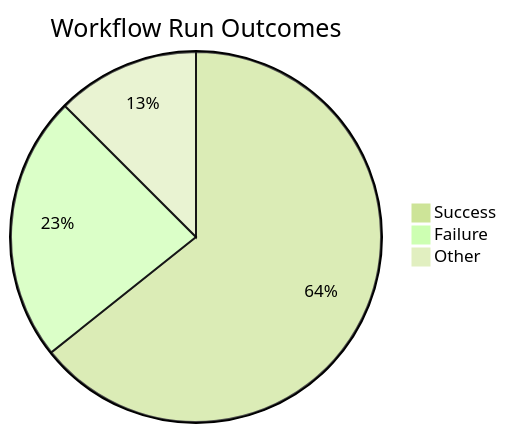
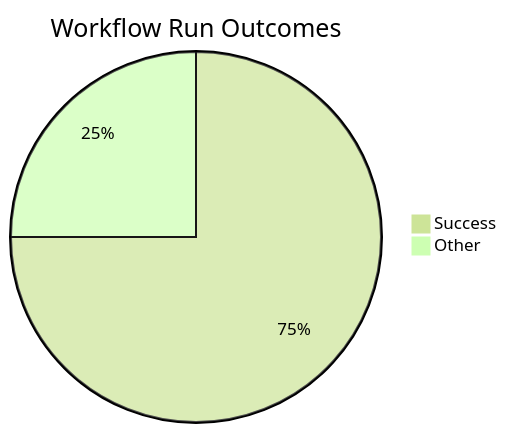
One commit to ukma-cs-ssdm-2025/rate-ukma changed the first of 4 diagrams in docs/ci-cd/dora-summary.md. Above: the diagram before and after it, drawn with Mermaid (forest theme). The commit also changed other lines of this file, not shown here.

````diff
--- a/docs/ci-cd/dora-summary.md
+++ b/docs/ci-cd/dora-summary.md
@@ -22,6 +22,5 @@
 ```mermaid
 pie title Workflow Run Outcomes
-    "Success" : 36
-    "Failure" : 13
-    "Other" : 7
+    "Success" : 3
+    "Other" : 1
 ```
````
